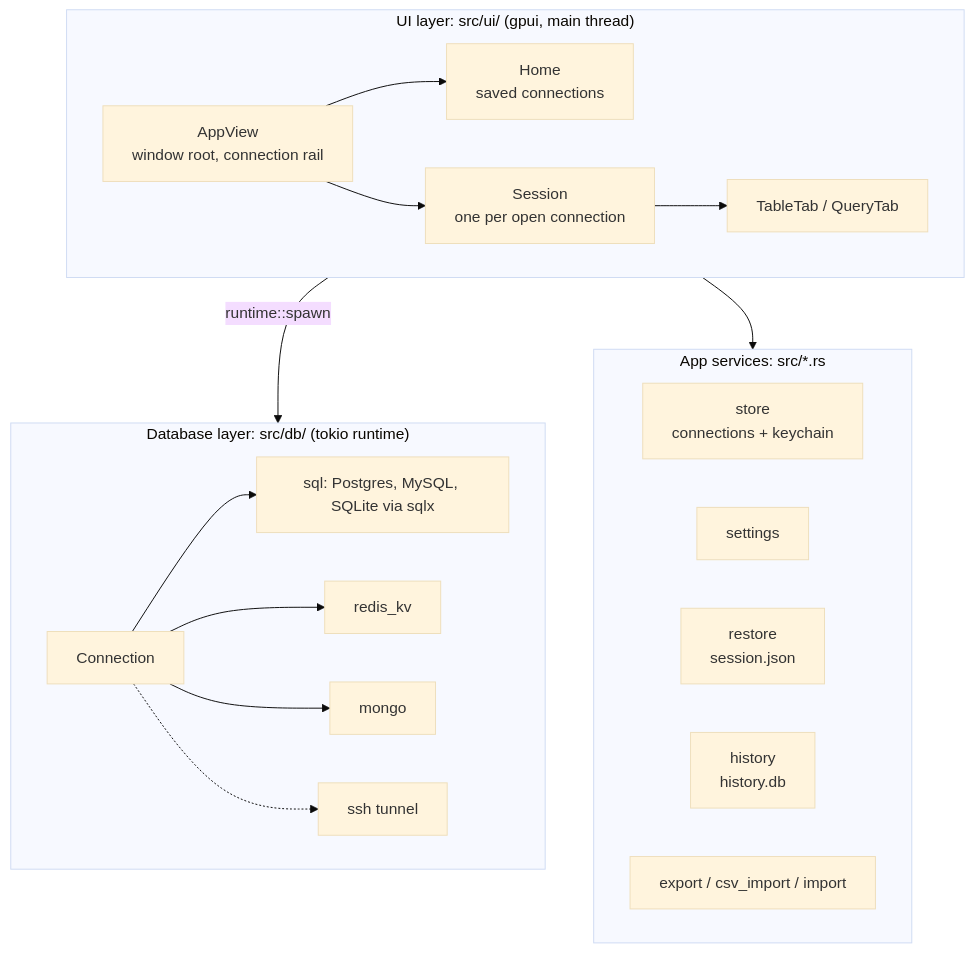
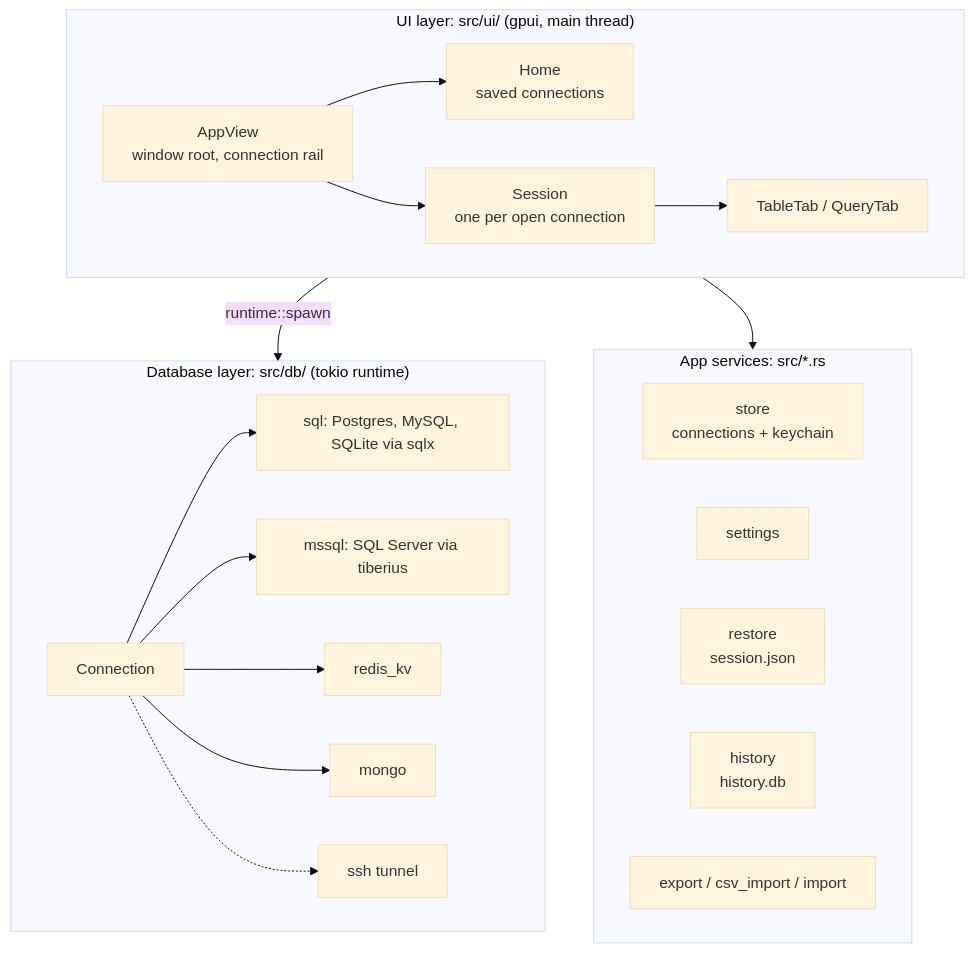
The first of 2 diagrams in docs/architecture/overview.md (bhumit070/tableplus_rs), drawn with Mermaid (base theme) before and after one commit. The commit also changed other lines of this file and 11 other files, not shown here.

Commit message:
Docs: SQL Server support

````diff
--- a/docs/architecture/overview.md
+++ b/docs/architecture/overview.md
@@ -6,30 +6,31 @@
 ```mermaid
 flowchart TB
     subgraph UI["UI layer: src/ui/ (gpui, main thread)"]
         App[AppView<br/>window root, connection rail]
         Home[Home<br/>saved connections]
         Session[Session<br/>one per open connection]
         Tabs[TableTab / QueryTab]
         App --> Home
         App --> Session
         Session --> Tabs
     end
     subgraph Core["App services: src/*.rs"]
         Store[store<br/>connections + keychain]
         Settings[settings]
         Restore[restore<br/>session.json]
         History[history<br/>history.db]
         Export[export / csv_import / import]
     end
     subgraph DB["Database layer: src/db/ (tokio runtime)"]
         Conn[Connection]
         Sql[sql: Postgres, MySQL, SQLite via sqlx]
+        Mssql[mssql: SQL Server via tiberius]
         Redis[redis_kv]
         Mongo[mongo]
         Ssh[ssh tunnel]
-        Conn --> Sql & Redis & Mongo
+        Conn --> Sql & Mssql & Redis & Mongo
         Conn -.-> Ssh
     end
     UI -- "runtime::spawn" --> DB
     UI --> Core
 ```
````
